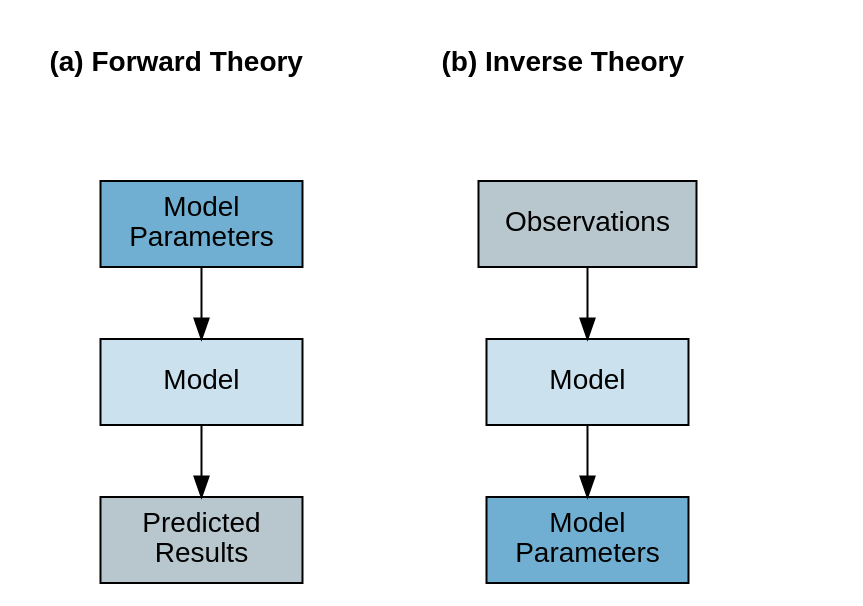
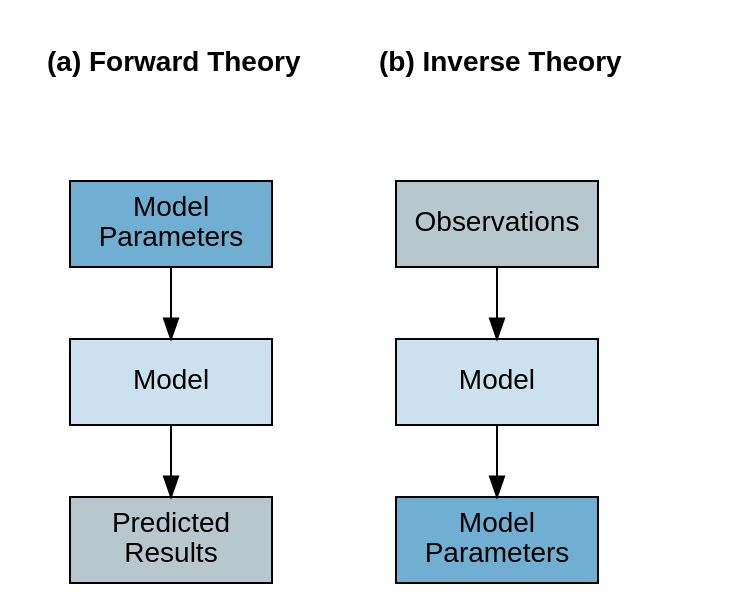
The diagram in _figures/InverseGIS/InverseGIS.gv (dr-harper/WindTurbineAcceptanceRates), drawn with Graphviz before and after one commit. The commit also changed 173 other files, not shown here.

```diff
--- a/_figures/InverseGIS/InverseGIS.gv
+++ b/_figures/InverseGIS/InverseGIS.gv
@@ -1,29 +1,26 @@
 digraph G {
   graph[font = fontcm]
-  node [fontname = "helvetica", shape=box, style = filled, fillcolor = WhiteSmoke, width = 1.4, height = 0.6 fontcolor = black];
+  node [fontname = "Arial", shape=box, style = filled, fillcolor = WhiteSmoke, width = 1.4, height = 0.6 fontcolor = black];
   rankdir=TB
-  
-
-  
   
   Parameters[label = "Model \n Parameters", fillcolor = "#70AFD1"]
   Model[label = "Model", fillcolor = "#CBE1EE"]
   Results[label = "Predicted \n Results", fillcolor = "#B8C7CE"]
   
   Parameters -> Model -> Results
   
     
   Observed[label = "Observations", fillcolor = "#B8C7CE"]
   Model2[label = "Model", fillcolor = "#CBE1EE"]
   Parameters2 [label = "Model \n Parameters", fillcolor = "#70AFD1"]
   
   Observed -> Model2 -> Parameters2 [dir=backward]
   
   node [shape=plaintext, style = filled, fillcolor = none, width = 0.1 text = black, ];
   Forward[label=< <B>(a) Forward Theory</B> >]
   Inverse[label=< <B>(b) Inverse Theory</B> >]
   Blank[label=" "]
   
   Forward -> Parameters [style=invis]
   Inverse -> Observed [style=invis]
 }
```
